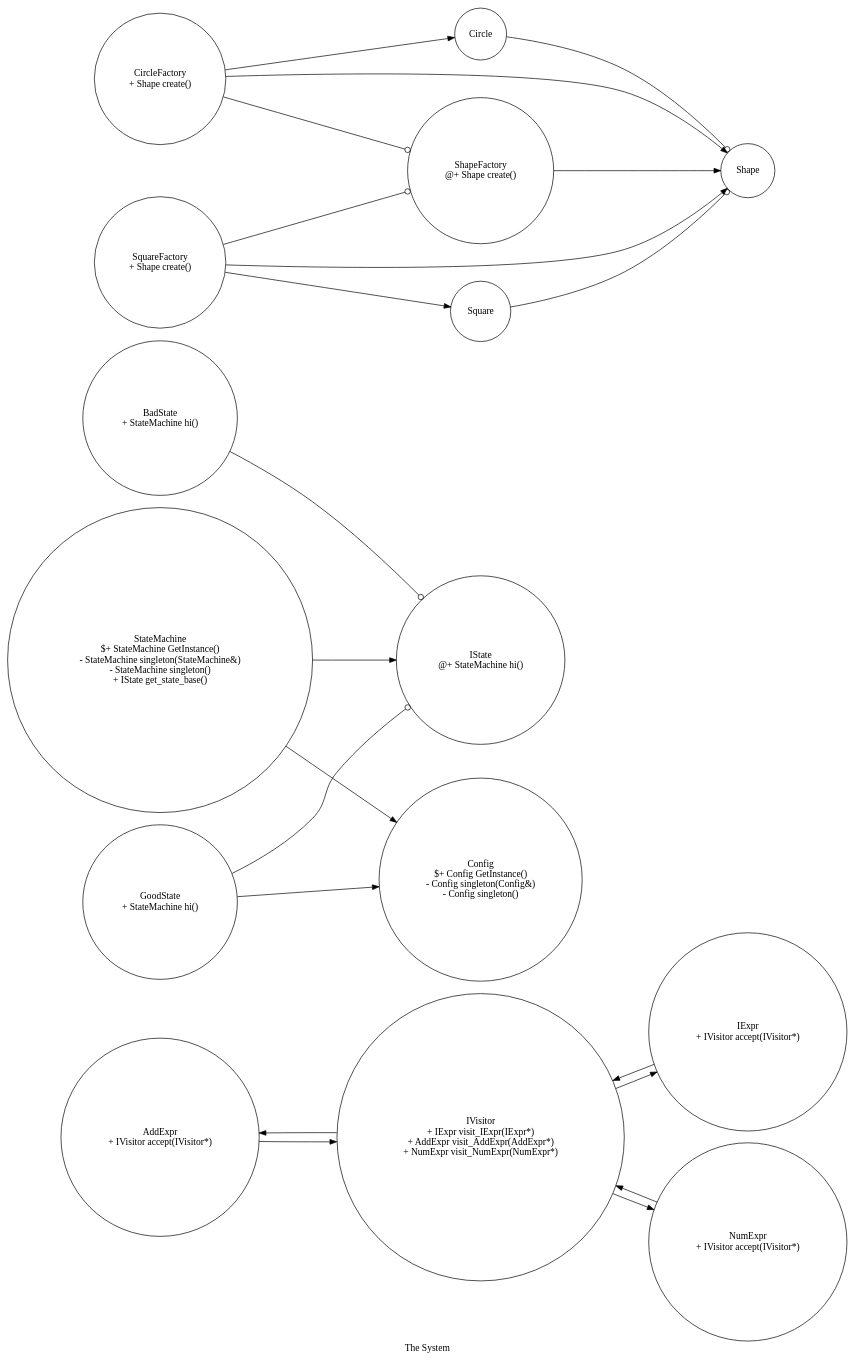
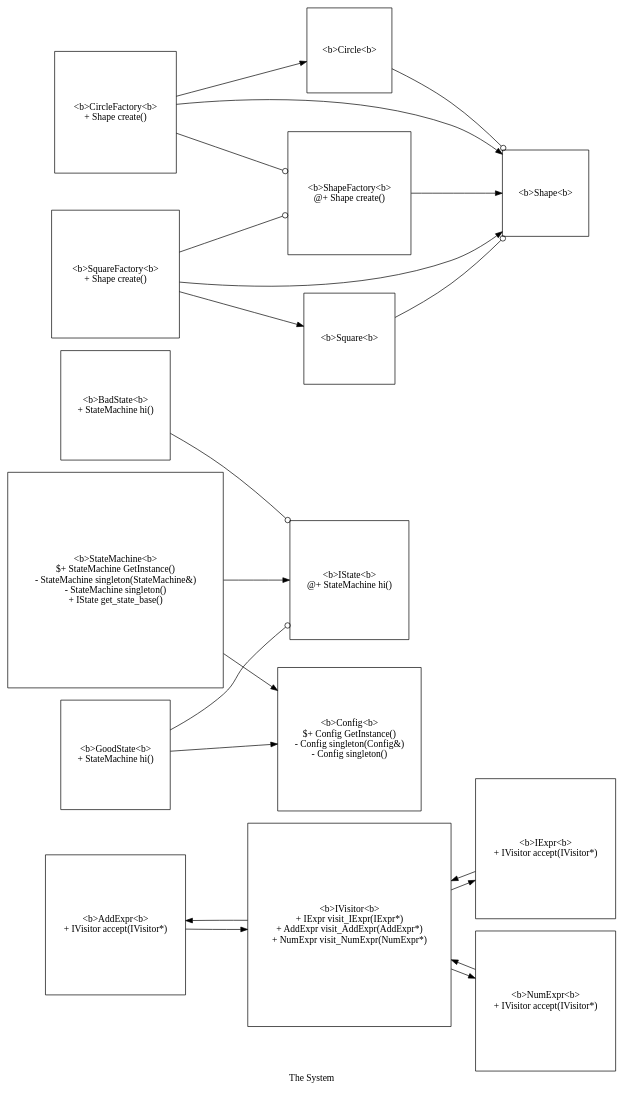
One commit to elliotdauber/dingo changed the diagram in dot/full_test.dot. Above: the diagram before and after it, drawn with Graphviz. The commit also changed 11 other files, not shown here.

```diff
--- a/dot/full_test.dot
+++ b/dot/full_test.dot
@@ -1,62 +1,62 @@
 digraph example {
 rankdir=LR;
-node [shape=circle];
-AddExpr [label="AddExpr
+node [shape=square];
+AddExpr [label="<b>AddExpr<\b>
 + IVisitor accept(IVisitor*)"];
-BadState [label="BadState
+BadState [label="<b>BadState<\b>
 + StateMachine hi()"];
-Circle [label="Circle"];
-CircleFactory [label="CircleFactory
+Circle [label="<b>Circle<\b>"];
+CircleFactory [label="<b>CircleFactory<\b>
 + Shape create()"];
-Config [label="Config
+Config [label="<b>Config<\b>
 $+ Config GetInstance()
 - Config singleton(Config&)
 - Config singleton()"];
-GoodState [label="GoodState
+GoodState [label="<b>GoodState<\b>
 + StateMachine hi()"];
-IExpr [label="IExpr
+IExpr [label="<b>IExpr<\b>
 + IVisitor accept(IVisitor*)"];
-IState [label="IState
+IState [label="<b>IState<\b>
 @+ StateMachine hi()"];
-IVisitor [label="IVisitor
+IVisitor [label="<b>IVisitor<\b>
 + IExpr visit_IExpr(IExpr*)
 + AddExpr visit_AddExpr(AddExpr*)
 + NumExpr visit_NumExpr(NumExpr*)"];
-NumExpr [label="NumExpr
+NumExpr [label="<b>NumExpr<\b>
 + IVisitor accept(IVisitor*)"];
-Shape [label="Shape"];
-ShapeFactory [label="ShapeFactory
+Shape [label="<b>Shape<\b>"];
+ShapeFactory [label="<b>ShapeFactory<\b>
 @+ Shape create()"];
-Square [label="Square"];
-SquareFactory [label="SquareFactory
+Square [label="<b>Square<\b>"];
+SquareFactory [label="<b>SquareFactory<\b>
 + Shape create()"];
-StateMachine [label="StateMachine
+StateMachine [label="<b>StateMachine<\b>
 $+ StateMachine GetInstance()
 - StateMachine singleton(StateMachine&)
 - StateMachine singleton()
 + IState get_state_base()"];
 
 AddExpr -> IVisitor[arrowhead=normal];
 BadState -> IState[arrowhead=odot];
 Circle -> Shape[arrowhead=odot];
 CircleFactory -> ShapeFactory[arrowhead=odot];
 CircleFactory -> Shape[arrowhead=normal];
 CircleFactory -> Circle[arrowhead=normal];
 GoodState -> IState[arrowhead=odot];
 GoodState -> Config[arrowhead=normal];
 IExpr -> IVisitor[arrowhead=normal];
 IVisitor -> IExpr[arrowhead=normal];
 IVisitor -> AddExpr[arrowhead=normal];
 IVisitor -> NumExpr[arrowhead=normal];
 NumExpr -> IVisitor[arrowhead=normal];
 ShapeFactory -> Shape[arrowhead=normal];
 Square -> Shape[arrowhead=odot];
 SquareFactory -> ShapeFactory[arrowhead=odot];
 SquareFactory -> Shape[arrowhead=normal];
 SquareFactory -> Square[arrowhead=normal];
 StateMachine -> Config[arrowhead=normal];
 StateMachine -> IState[arrowhead=normal];
 label="The System"
 style=filled
 fillcolor=yellow
 }
```
